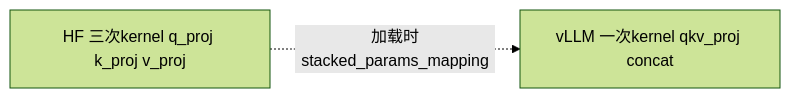
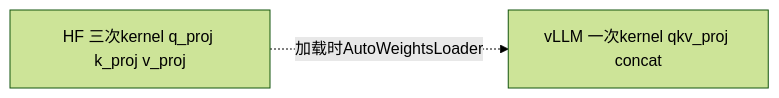
Before and after one commit to keyuanweb/ai-learning-path: the second of 2 diagrams in vllm-learning-path/05-模型实现/01-模型实现模式.md, drawn with Mermaid (forest theme). The commit also changed other lines of this file and 176 other files, not shown here.

First line of the commit message:
docs: 全仓库文档校对修复——错别字/失效链接/Mermaid图/源码引用

````diff
--- a/vllm-learning-path/05-模型实现/01-模型实现模式.md
+++ b/vllm-learning-path/05-模型实现/01-模型实现模式.md
@@ -74,6 +74,6 @@
 ```mermaid
 flowchart LR
   hf["HF 三次kernel q_proj k_proj v_proj"]
   vl["vLLM 一次kernel qkv_proj concat"]
-  hf -.->|"加载时stacked_params_mapping"| vl
+  hf -.->|"加载时AutoWeightsLoader"| vl
 ```
````
